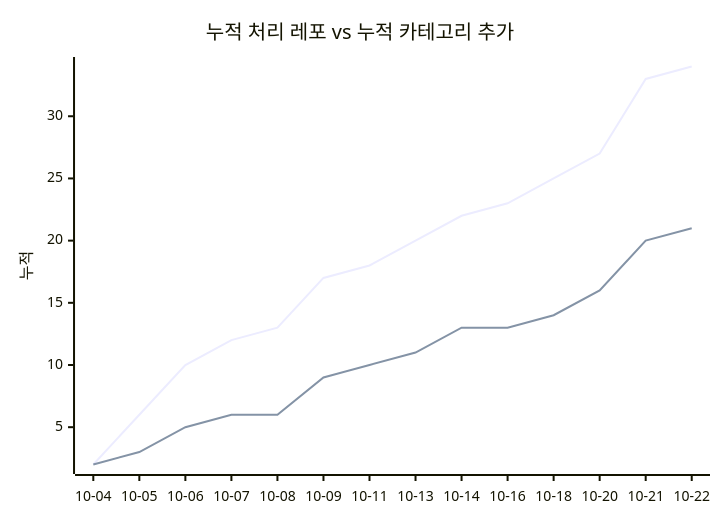
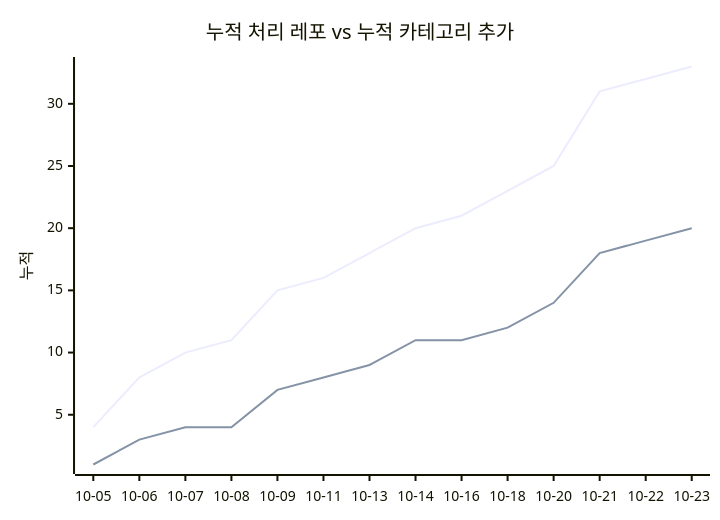
One commit to J-nowcow/awesome-korean-agent-skills changed the second of 2 diagrams in docs/trends.md. Above: the diagram before and after it, drawn with Mermaid. The commit also changed other lines of this file and 3 other files, not shown here.

````diff
--- a/docs/trends.md
+++ b/docs/trends.md
@@ -68,8 +68,8 @@
 ```mermaid
 xychart-beta
     title "누적 처리 레포 vs 누적 카테고리 추가"
-    x-axis ["10-04","10-05","10-06","10-07","10-08","10-09","10-11","10-13","10-14","10-16","10-18","10-20","10-21","10-22"]
+    x-axis ["10-05","10-06","10-07","10-08","10-09","10-11","10-13","10-14","10-16","10-18","10-20","10-21","10-22","10-23"]
     y-axis "누적"
-    line [2,6,10,12,13,17,18,20,22,23,25,27,33,34]
-    line [2,3,5,6,6,9,10,11,13,13,14,16,20,21]
+    line [4,8,10,11,15,16,18,20,21,23,25,31,32,33]
+    line [1,3,4,4,7,8,9,11,11,12,14,18,19,20]
 ```
````
